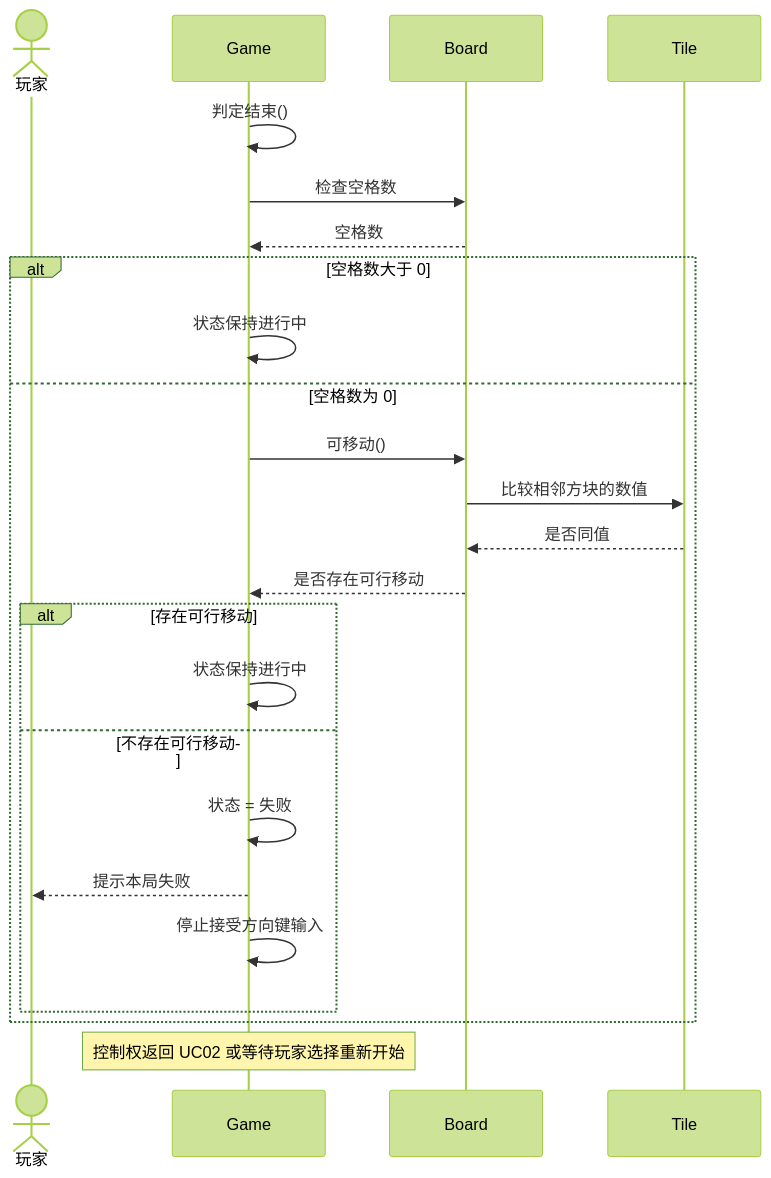
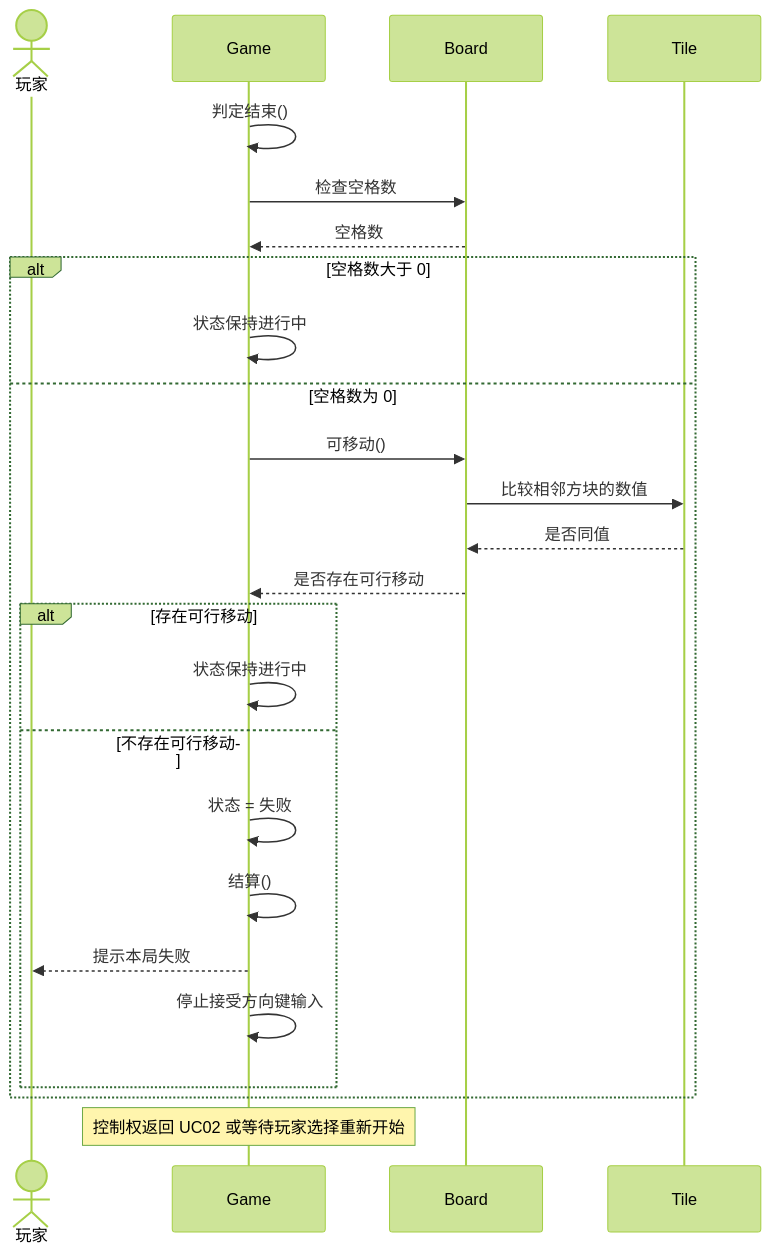
One commit to STU-MS/2048 changed the fifth of 6 diagrams in docs/reports/lab06.md. Above: the diagram before and after it, drawn with Mermaid (forest theme). The commit also changed other lines of this file and 6 other files, not shown here.

````diff
--- a/docs/reports/lab06.md
+++ b/docs/reports/lab06.md
@@ -268,27 +270,28 @@
 ```mermaid
 sequenceDiagram
     actor 玩家
     participant 对局 as Game
     participant 棋盘 as Board
     participant 方块 as Tile
 
     对局->>对局: 判定结束()
     对局->>棋盘: 检查空格数
     棋盘-->>对局: 空格数
     alt 空格数大于 0
         对局->>对局: 状态保持进行中
     else 空格数为 0
         对局->>棋盘: 可移动()
         棋盘->>方块: 比较相邻方块的数值
         方块-->>棋盘: 是否同值
         棋盘-->>对局: 是否存在可行移动
         alt 存在可行移动
             对局->>对局: 状态保持进行中
         else 不存在可行移动
             对局->>对局: 状态 = 失败
+            对局->>对局: 结算()
             对局-->>玩家: 提示本局失败
             对局->>对局: 停止接受方向键输入
         end
     end
     Note over 对局: 控制权返回 UC02 或等待玩家选择重新开始
 ```
````
